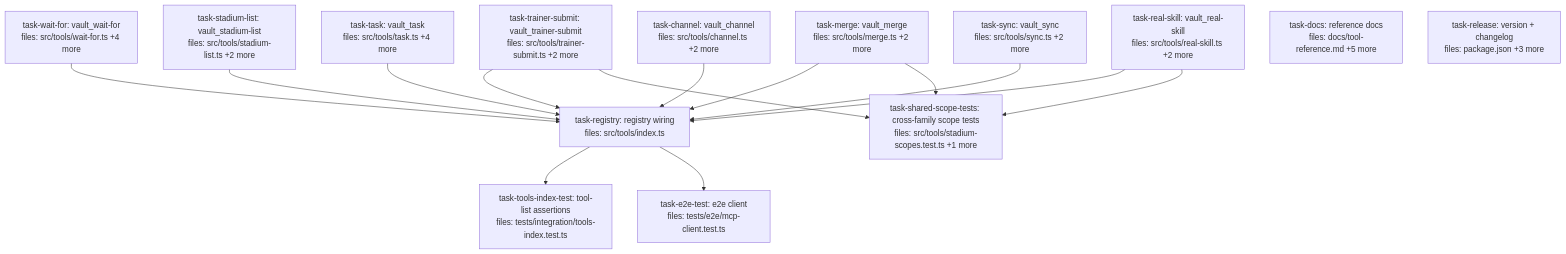
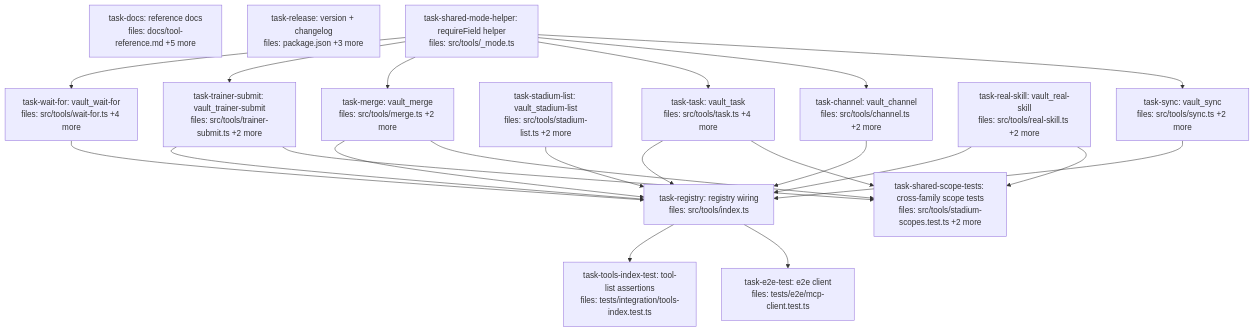
One commit to BrettNye/stoa changed the diagram in docs/superpowers/plans/2026-06-14-tool-surface-family-consolidation-dag.md. Above: the diagram before and after it, drawn with Mermaid. The commit also changed other lines of this file and 1 other file, not shown here.

First line of the commit message:
docs(spec,plan): audit revisions — vault_sync field-collision fixes

````diff
--- a/docs/superpowers/plans/2026-06-14-tool-surface-family-consolidation-dag.md
+++ b/docs/superpowers/plans/2026-06-14-tool-surface-family-consolidation-dag.md
@@ -6,37 +6,46 @@
 ```mermaid
 flowchart TD
     task-wait-for["task-wait-for: vault_wait-for<br/>files: src/tools/wait-for.ts +4 more"]
     task-trainer-submit["task-trainer-submit: vault_trainer-submit<br/>files: src/tools/trainer-submit.ts +2 more"]
     task-merge["task-merge: vault_merge<br/>files: src/tools/merge.ts +2 more"]
     task-stadium-list["task-stadium-list: vault_stadium-list<br/>files: src/tools/stadium-list.ts +2 more"]
     task-task["task-task: vault_task<br/>files: src/tools/task.ts +4 more"]
     task-channel["task-channel: vault_channel<br/>files: src/tools/channel.ts +2 more"]
     task-real-skill["task-real-skill: vault_real-skill<br/>files: src/tools/real-skill.ts +2 more"]
     task-sync["task-sync: vault_sync<br/>files: src/tools/sync.ts +2 more"]
     task-registry["task-registry: registry wiring<br/>files: src/tools/index.ts"]
-    task-shared-scope-tests["task-shared-scope-tests: cross-family scope tests<br/>files: src/tools/stadium-scopes.test.ts +1 more"]
+    task-shared-scope-tests["task-shared-scope-tests: cross-family scope tests<br/>files: src/tools/stadium-scopes.test.ts +2 more"]
     task-tools-index-test["task-tools-index-test: tool-list assertions<br/>files: tests/integration/tools-index.test.ts"]
     task-e2e-test["task-e2e-test: e2e client<br/>files: tests/e2e/mcp-client.test.ts"]
     task-docs["task-docs: reference docs<br/>files: docs/tool-reference.md +5 more"]
     task-release["task-release: version + changelog<br/>files: package.json +3 more"]
+    task-shared-mode-helper["task-shared-mode-helper: requireField helper<br/>files: src/tools/_mode.ts"]
+
+    task-shared-mode-helper --> task-wait-for
+    task-shared-mode-helper --> task-trainer-submit
+    task-shared-mode-helper --> task-merge
+    task-shared-mode-helper --> task-task
+    task-shared-mode-helper --> task-channel
+    task-shared-mode-helper --> task-sync
 
     task-wait-for --> task-registry
     task-trainer-submit --> task-registry
     task-merge --> task-registry
     task-stadium-list --> task-registry
     task-task --> task-registry
     task-channel --> task-registry
     task-real-skill --> task-registry
     task-sync --> task-registry
     task-trainer-submit --> task-shared-scope-tests
     task-real-skill --> task-shared-scope-tests
     task-merge --> task-shared-scope-tests
+    task-task --> task-shared-scope-tests
     task-registry --> task-tools-index-test
     task-registry --> task-e2e-test
 
     classDef done fill:#90ee90,stroke:#333
     classDef ready fill:#fffacd,stroke:#333
     classDef running fill:#87ceeb,stroke:#333
     classDef failed fill:#ffb6c1,stroke:#333
     classDef skipped fill:#d3d3d3,stroke:#333,stroke-dasharray: 5 5
 ```
````
